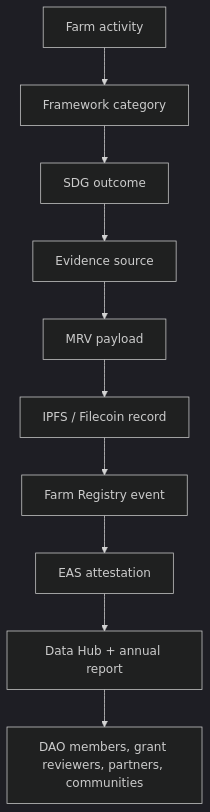
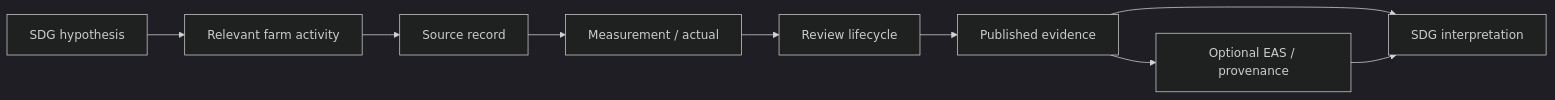
One commit to wasalo/Kokonut-Public-Site changed the third of 3 diagrams in kokonut-framework/framework-features/Sustainable-Development-Goals.mdx. Above: the diagram before and after it, drawn with Mermaid (dark theme). The commit also changed other lines of this file, not shown here.

Commit message:
docs(kokonut-framework): improve SDG methodology

````diff
--- a/kokonut-framework/framework-features/Sustainable-Development-Goals.mdx
+++ b/kokonut-framework/framework-features/Sustainable-Development-Goals.mdx
@@ -44,12 +212,12 @@
 ```mermaid
-flowchart TD
-    A["Farm activity"] --> B["Framework category"]
-    B --> C["SDG outcome"]
-    C --> D["Evidence source"]
-    D --> E["MRV payload"]
-    E --> F["IPFS / Filecoin record"]
-    F --> G["Farm Registry event"]
-    G --> H["EAS attestation"]
-    H --> I["Data Hub + annual report"]
-    I --> J["DAO members, grant reviewers, partners, communities"]
+flowchart LR
+    A["SDG hypothesis"] --> B["Relevant farm activity"]
+    B --> C["Source record"]
+    C --> D["Measurement / actual"]
+    D --> E["Review lifecycle"]
+    E --> F["Published evidence"]
+    F --> G["SDG interpretation"]
+
+    F --> H["Optional EAS / provenance"]
+    H --> G
 ```
````
